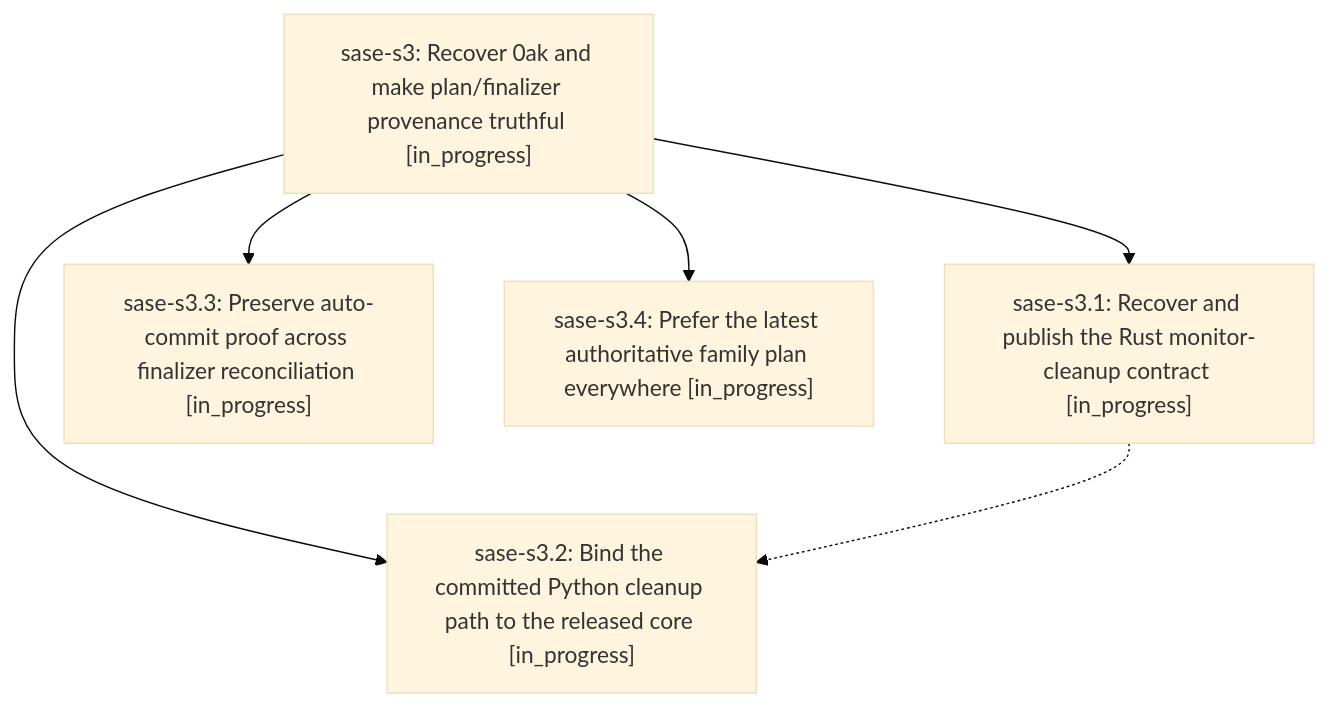
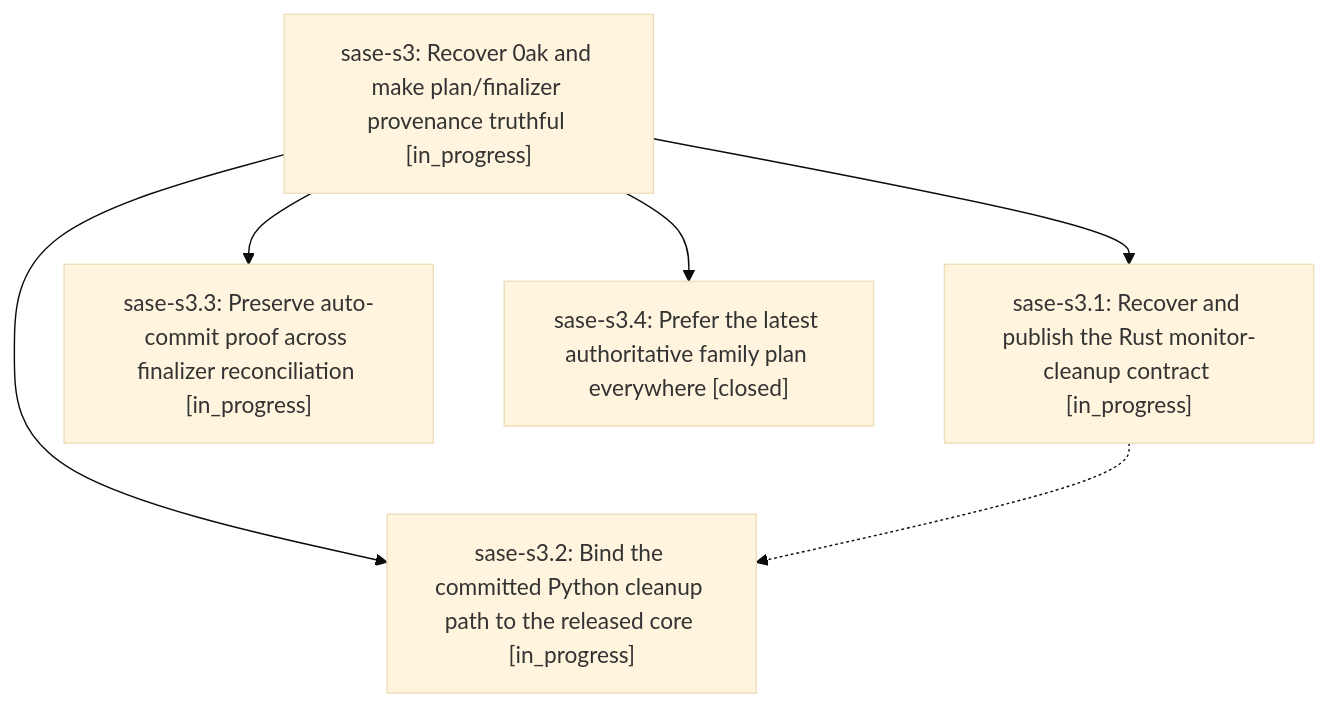
Before and after one commit to sase-org/sase--beads: the diagram in pages/sase-s3/README.md, drawn with Mermaid (base theme). The commit also changed other lines of this file and 1 other file, not shown here.

First line of the commit message:
chore(beads): sync bead state and pages for sase-s3

````diff
--- a/pages/sase-s3/README.md
+++ b/pages/sase-s3/README.md
@@ -25,13 +25,13 @@
 ```mermaid
 flowchart TD
     n0["sase-s3: Recover 0ak and make plan/finalizer provenance truthful [in_progress]"]
     n1["sase-s3.1: Recover and publish the Rust monitor-cleanup contract [in_progress]"]
     n2["sase-s3.2: Bind the committed Python cleanup path to the released core [in_progress]"]
     n3["sase-s3.3: Preserve auto-commit proof across finalizer reconciliation [in_progress]"]
-    n4["sase-s3.4: Prefer the latest authoritative family plan everywhere [in_progress]"]
+    n4["sase-s3.4: Prefer the latest authoritative family plan everywhere [closed]"]
     n0 --> n1
     n0 --> n2
     n0 --> n3
     n0 --> n4
     n1 -.-> n2
 ```
````
